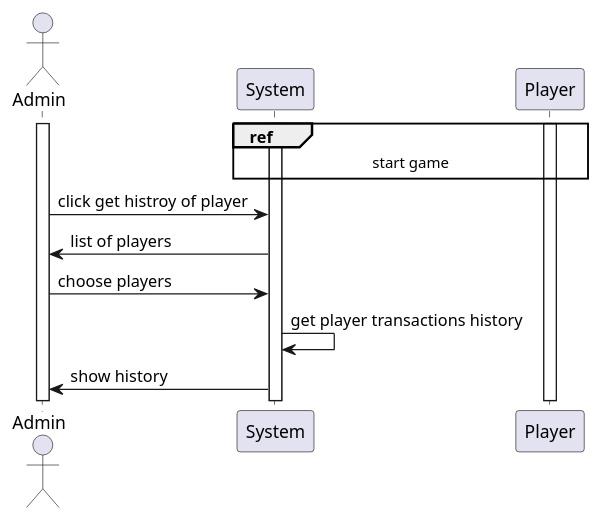
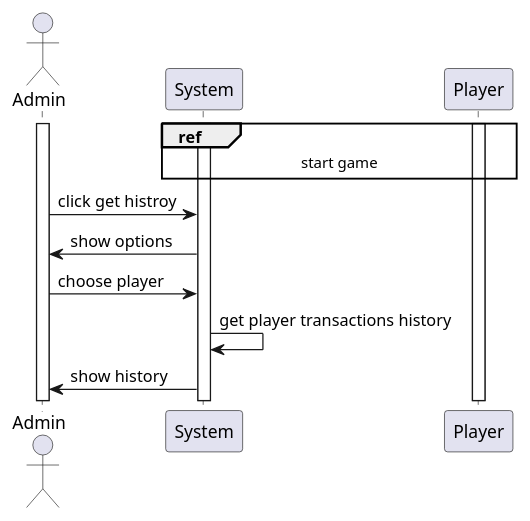
One commit to monoploy-game/design changed the diagram in SDs/admin/see_transactions_history_of_one_player.wsd. Above: the diagram before and after it, drawn with PlantUML. The commit also changed 1 other file, not shown here.

Commit message:
fixed SD and detailed SD of see a player history of transactions usecase

```diff
--- a/SDs/admin/see_transactions_history_of_one_player.wsd
+++ b/SDs/admin/see_transactions_history_of_one_player.wsd
@@ -1,17 +1,17 @@
 @startuml "see transaction history of one player"
 
 actor Admin
 
 Activate Admin
 Activate System
 
 ref over Player, System : start game
 activate Player
 
-Admin -> System : click get histroy of player
-System -> Admin : list of players
-Admin -> System : choose players
+Admin -> System : click get histroy
+System -> Admin : show options
+Admin -> System : choose player
 System -> System : get player transactions history
 System -> Admin : show history
 
 @enduml
```
